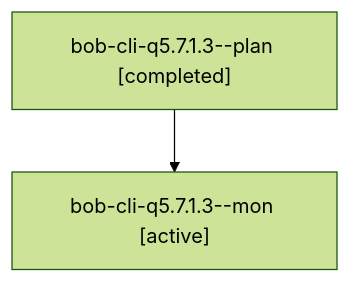
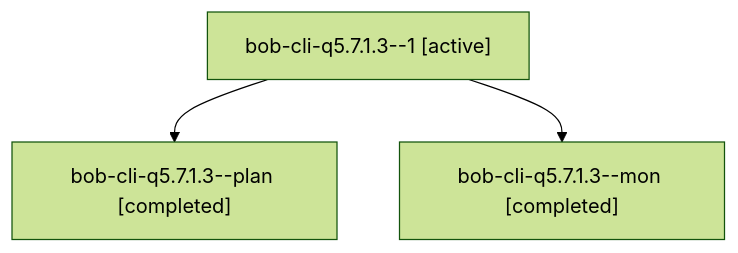
The diagram in sessions/bbugyi200.athena.bob-cli-q5.7.1.3.md (bobs-org/bob-cli--agents), drawn with Mermaid (forest theme) before and after one commit. The commit also changed other lines of this file and 132 other files, not shown here.

````diff
--- a/sessions/bbugyi200.athena.bob-cli-q5.7.1.3.md
+++ b/sessions/bbugyi200.athena.bob-cli-q5.7.1.3.md
@@ -9,6 +9,8 @@
 ```mermaid
 flowchart TD
-  n0["bob-cli-q5.7.1.3--plan [completed]"]
-  n1["bob-cli-q5.7.1.3--mon [active]"]
+  n0["bob-cli-q5.7.1.3--1 [active]"]
+  n1["bob-cli-q5.7.1.3--plan [completed]"]
   n0 --> n1
+  n2["bob-cli-q5.7.1.3--mon [completed]"]
+  n0 --> n2
 ```
````
